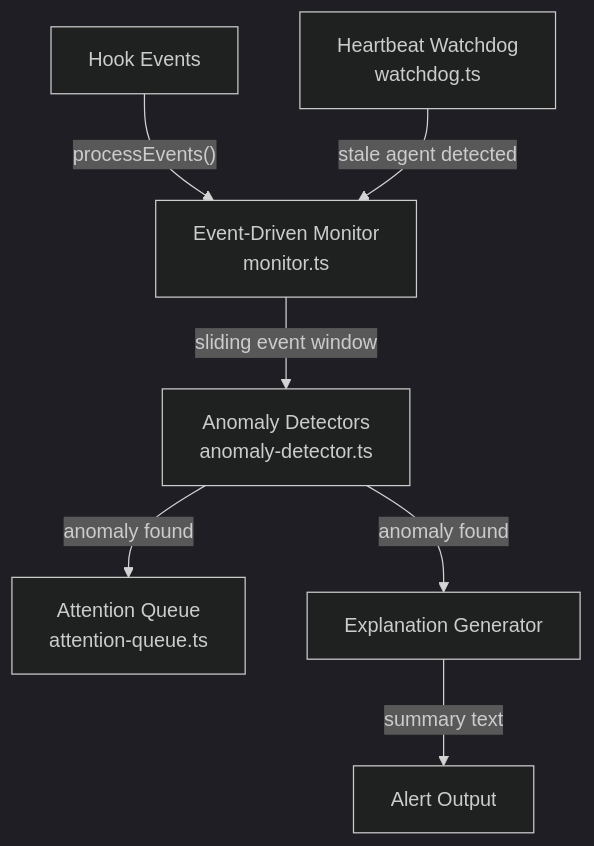
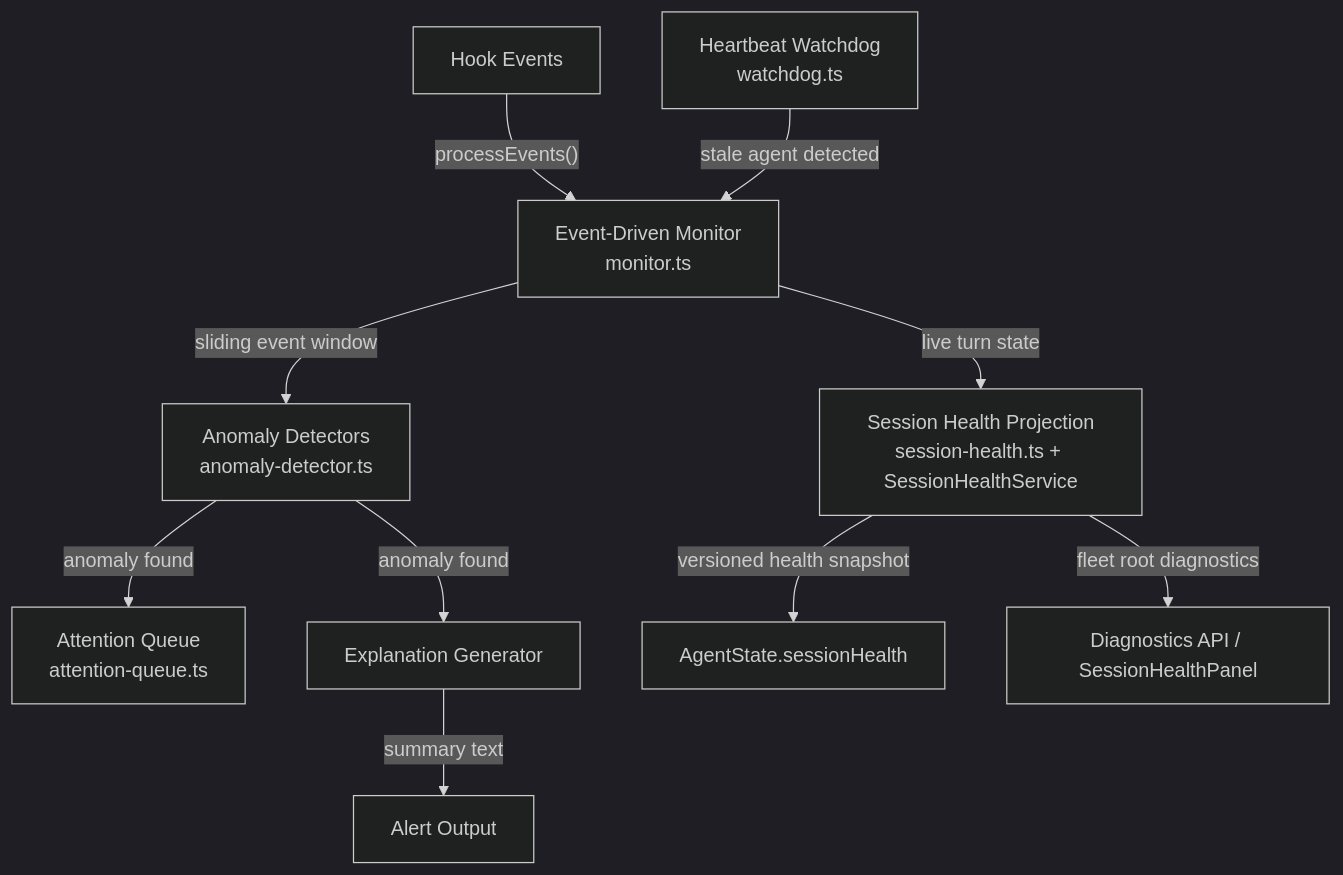
One commit to kookr-ai/kookr changed the diagram in docs/system-models/subsystems/supervisor-agent/01-component-view.md. Above: the diagram before and after it, drawn with Mermaid (dark theme). The commit also changed other lines of this file and 47 other files, not shown here.

Commit message:
feat: expose cross-signal terminal session health

````diff
--- a/docs/system-models/subsystems/supervisor-agent/01-component-view.md
+++ b/docs/system-models/subsystems/supervisor-agent/01-component-view.md
@@ -9,15 +9,21 @@
 ```mermaid
 flowchart TD
   EventDriven[Event-Driven Monitor<br/>monitor.ts]
   Detectors[Anomaly Detectors<br/>anomaly-detector.ts]
   Queue[Attention Queue<br/>attention-queue.ts]
   Explainer[Explanation Generator]
   Watchdog[Heartbeat Watchdog<br/>watchdog.ts]
+  Health[Session Health Projection<br/>session-health.ts + SessionHealthService]
+  SnapshotOut[AgentState.sessionHealth]
+  Diagnostics[Diagnostics API / SessionHealthPanel]
 
   HookEvents[Hook Events] -->|"processEvents()"| EventDriven
   EventDriven -->|"sliding event window"| Detectors
   Detectors -->|"anomaly found"| Queue
   Detectors -->|"anomaly found"| Explainer
   Explainer -->|"summary text"| AlertOut[Alert Output]
   Watchdog -->|"stale agent detected"| EventDriven
+  EventDriven -->|"live turn state"| Health
+  Health -->|"versioned health snapshot"| SnapshotOut
+  Health -->|"fleet root diagnostics"| Diagnostics
 ```
````
